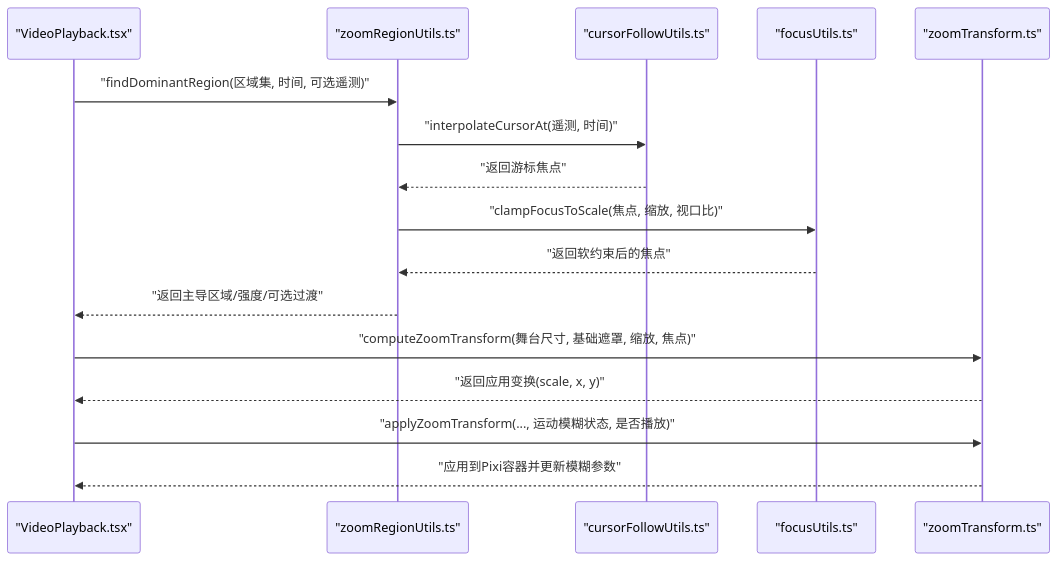
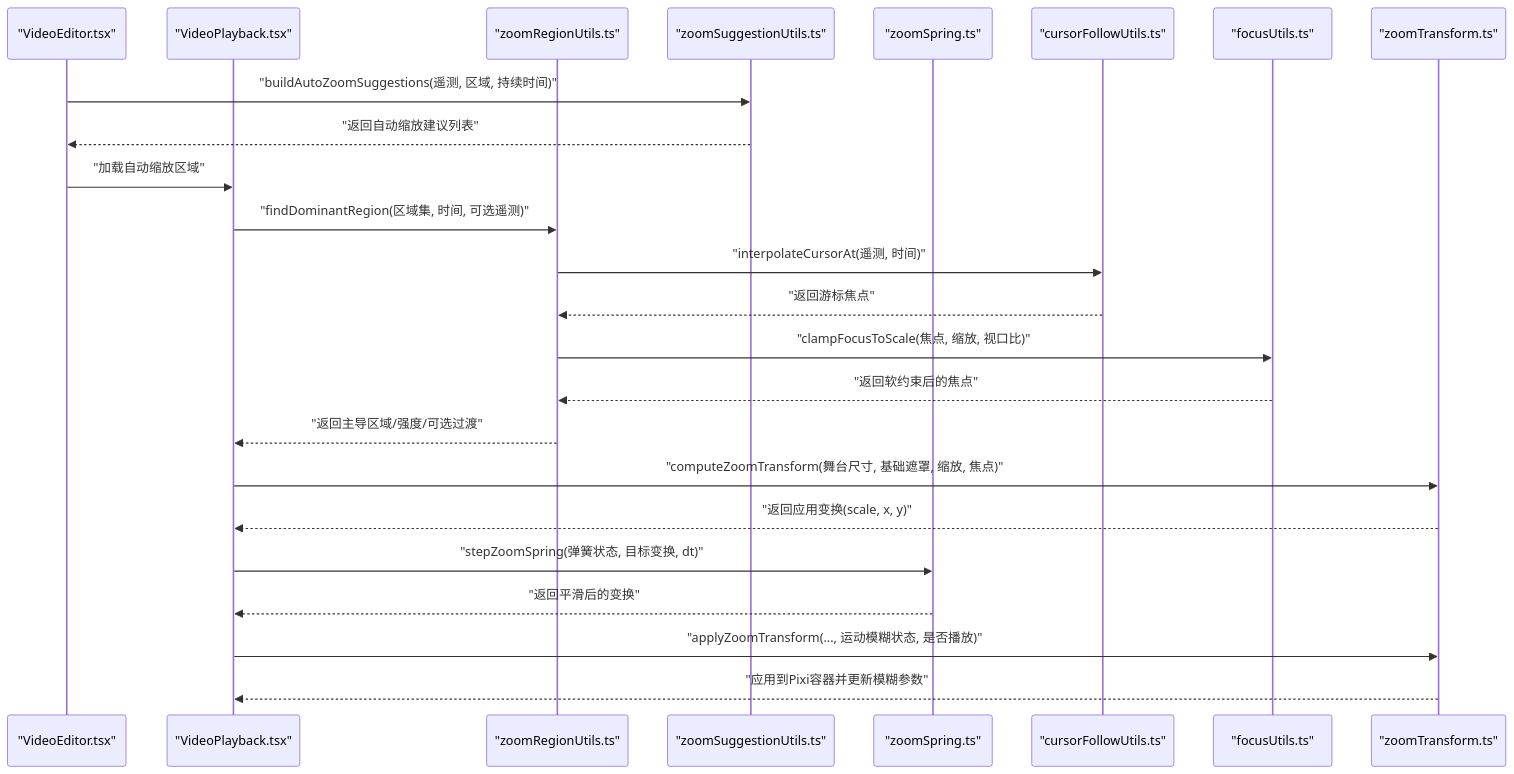
Before and after one commit to zhanggmin/openscreen: the second of 8 diagrams in .qoder/repowiki/zh/content/游标遥测系统/智能缩放算法.md, drawn with Mermaid. The commit also changed other lines of this file and 68 other files, not shown here.

Commit message:
开发图文编辑功能

````diff
--- a/.qoder/repowiki/zh/content/游标遥测系统/智能缩放算法.md
+++ b/.qoder/repowiki/zh/content/游标遥测系统/智能缩放算法.md
@@ -128,18 +136,26 @@
 ```mermaid
 sequenceDiagram
+participant Editor as "VideoEditor.tsx"
 participant Player as "VideoPlayback.tsx"
 participant Region as "zoomRegionUtils.ts"
+participant Suggestion as "zoomSuggestionUtils.ts"
+participant Spring as "zoomSpring.ts"
 participant Interp as "cursorFollowUtils.ts"
 participant Focus as "focusUtils.ts"
 participant Transform as "zoomTransform.ts"
+Editor->>Suggestion : "buildAutoZoomSuggestions(遥测, 区域, 持续时间)"
+Suggestion-->>Editor : "返回自动缩放建议列表"
+Editor->>Player : "加载自动缩放区域"
 Player->>Region : "findDominantRegion(区域集, 时间, 可选遥测)"
 Region->>Interp : "interpolateCursorAt(遥测, 时间)"
 Interp-->>Region : "返回游标焦点"
 Region->>Focus : "clampFocusToScale(焦点, 缩放, 视口比)"
 Focus-->>Region : "返回软约束后的焦点"
 Region-->>Player : "返回主导区域/强度/可选过渡"
 Player->>Transform : "computeZoomTransform(舞台尺寸, 基础遮罩, 缩放, 焦点)"
 Transform-->>Player : "返回应用变换(scale, x, y)"
+Player->>Spring : "stepZoomSpring(弹簧状态, 目标变换, dt)"
+Spring-->>Player : "返回平滑后的变换"
 Player->>Transform : "applyZoomTransform(..., 运动模糊状态, 是否播放)"
 Transform-->>Player : "应用到Pixi容器并更新模糊参数"
 ```
````
